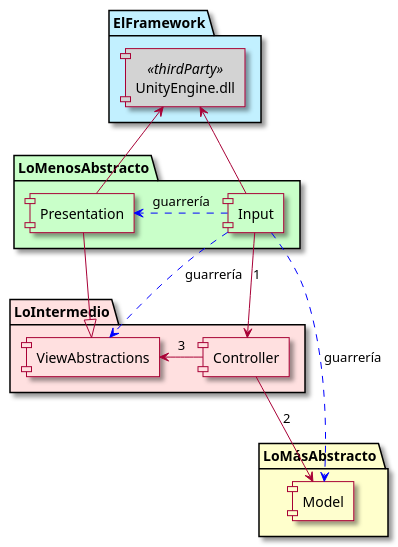
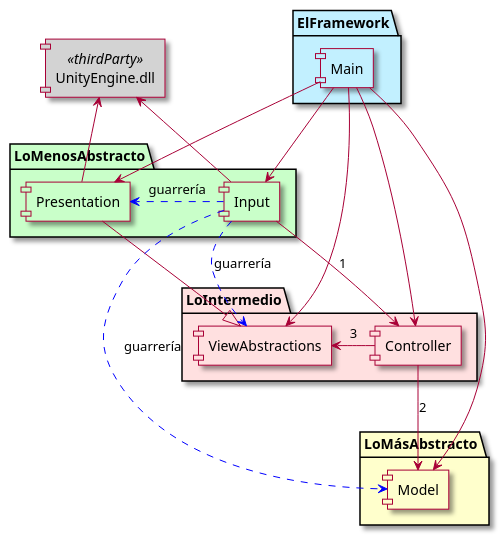
The diagram in Assets/CoD/Docs~/Architecture.puml (RicardoGuzmanVelasco/ArchitecturalCookieClicker), drawn with PlantUML before and after one commit.

Commit message:
docs: main depends on everything

```diff
--- a/Assets/CoD/Docs~/Architecture.puml
+++ b/Assets/CoD/Docs~/Architecture.puml
@@ -1,36 +1,43 @@
 @startuml
 skin rose
 skinparam componentstyle uml1
 
 package LoMásAbstracto #business {
 component Model
 }
 
 package LoMenosAbstracto #technology {
 component Presentation #technology
 component Input #technology
 }
 
 package LoIntermedio #implementation {
 component Controller #implementation
 component ViewAbstractions #implementation
 }
 
 package ElFramework #application{
-component UnityEngine.dll <<thirdParty>> #lightgray
+component Main #application
 }
 
+component UnityEngine.dll <<thirdParty>> #lightgray
+
+Main --> Controller
+Main --> Model
+Main --> Presentation
+Main --> Input
+Main --> ViewAbstractions
 Input --> Controller : 1
 Controller --> Model : 2
 Presentation --|> ViewAbstractions
 Controller -> ViewAbstractions : 3
 
 Presentation -u-> UnityEngine.dll
 Input -u-> UnityEngine.dll
 
 
 Input ..> ViewAbstractions #blue : guarrería
 Input ..> Model #blue : guarrería
 Input .> Presentation #blue : guarrería
 
 @enduml
```
